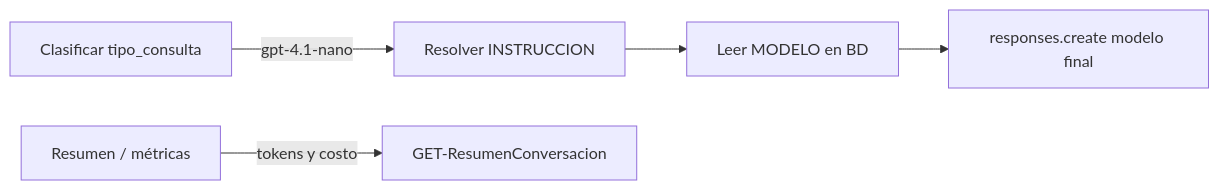
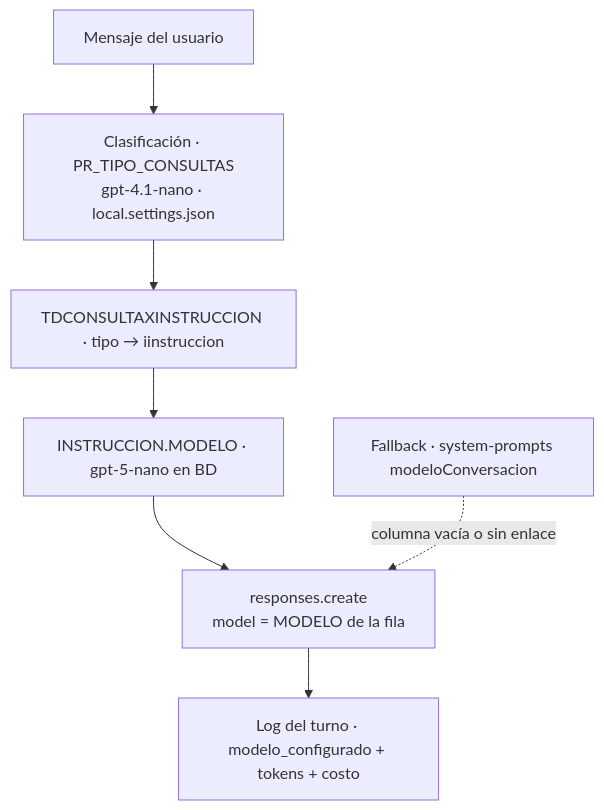
Before and after one commit to Dev-InSoft-web/ISA-DOC: the diagram in src/lib/tickets/assets/TK-1431662/tk1431662-fases-modelo.mmd, drawn with Mermaid. The commit also changed 19 other files, not shown here.

First line of the commit message:
feat(instruccion): update modelo handling and enhance conversation logging

```diff
--- a/src/lib/tickets/assets/TK-1431662/tk1431662-fases-modelo.mmd
+++ b/src/lib/tickets/assets/TK-1431662/tk1431662-fases-modelo.mmd
@@ -1,5 +1,8 @@
-flowchart LR
-  A[Clasificar tipo_consulta] -->|gpt-4.1-nano| B[Resolver INSTRUCCION]
-  B --> C[Leer MODELO en BD]
-  C --> D[responses.create modelo final]
-  E[Resumen / métricas] -->|tokens y costo| F[GET-ResumenConversacion]
+flowchart TB
+  U[Mensaje del usuario] --> CL[Clasificación · PR_TIPO_CONSULTAS<br/>gpt-4.1-nano · local.settings.json]
+  CL --> REL[TDCONSULTAXINSTRUCCION · tipo → iinstruccion]
+  REL --> MOD[INSTRUCCION.MODELO · gpt-5-nano en BD]
+  MOD --> REQ[responses.create<br/>model = MODELO de la fila]
+  REQ --> LOG[Log del turno · modelo_configurado + tokens + costo]
+
+  FALL[Fallback · system-prompts modeloConversacion] -.->|columna vacía o sin enlace| REQ
```
